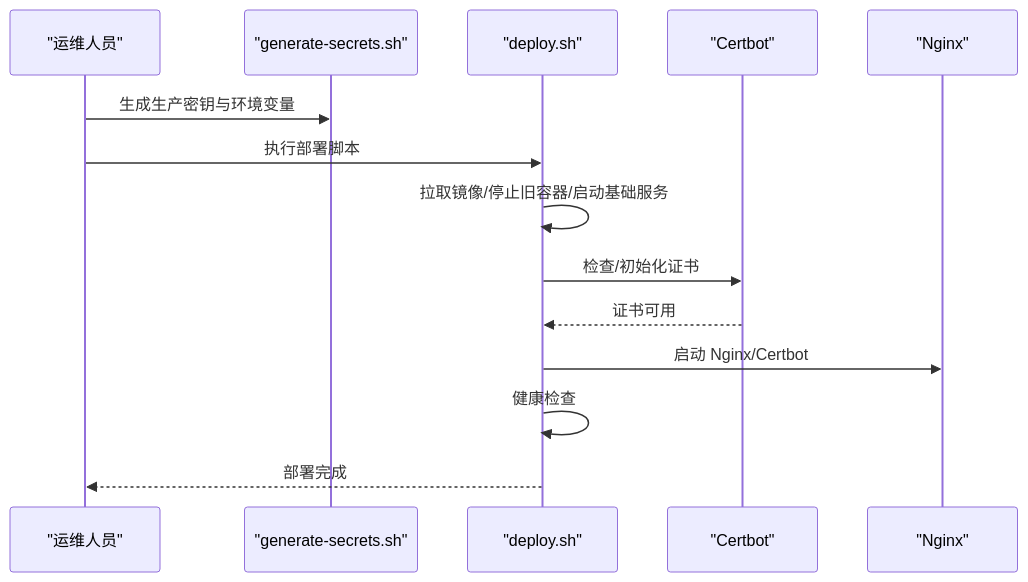
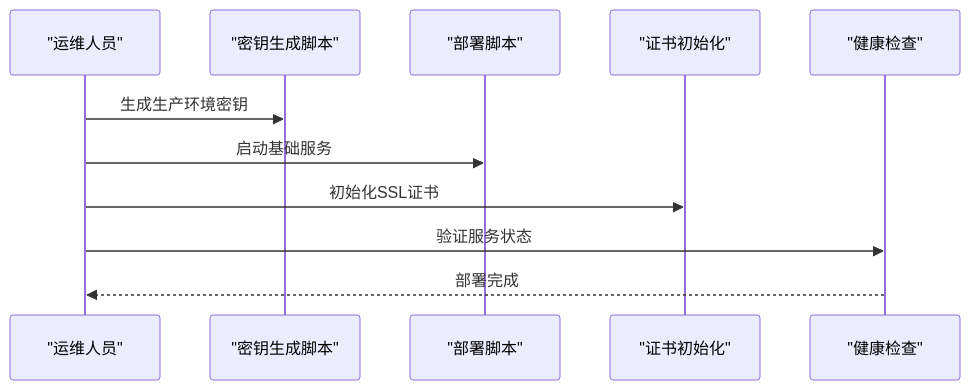
One commit to Will0253/zczk changed the sixth of 7 diagrams in .qoder/repowiki/zh/content/部署和运维/监控运维/监控运维.md. Above: the diagram before and after it, drawn with Mermaid. The commit also changed other lines of this file and 13 other files, not shown here.

````diff
--- a/.qoder/repowiki/zh/content/部署和运维/监控运维/监控运维.md
+++ b/.qoder/repowiki/zh/content/部署和运维/监控运维/监控运维.md
@@ -228,16 +428,13 @@
 ```mermaid
 sequenceDiagram
-participant O as "运维人员"
-participant G as "generate-secrets.sh"
-participant D as "deploy.sh"
-participant C as "Certbot"
-participant N as "Nginx"
-O->>G : 生成生产密钥与环境变量
-O->>D : 执行部署脚本
-D->>D : 拉取镜像/停止旧容器/启动基础服务
-D->>C : 检查/初始化证书
-C-->>D : 证书可用
-D->>N : 启动 Nginx/Certbot
-D->>D : 健康检查
-D-->>O : 部署完成
+participant Ops as "运维人员"
+participant Secret as "密钥生成脚本"
+participant Deploy as "部署脚本"
+participant Cert as "证书初始化"
+participant Verify as "健康检查"
+Ops->>Secret : 生成生产环境密钥
+Ops->>Deploy : 启动基础服务
+Ops->>Cert : 初始化SSL证书
+Ops->>Verify : 验证服务状态
+Verify-->>Ops : 部署完成
 ```
````
